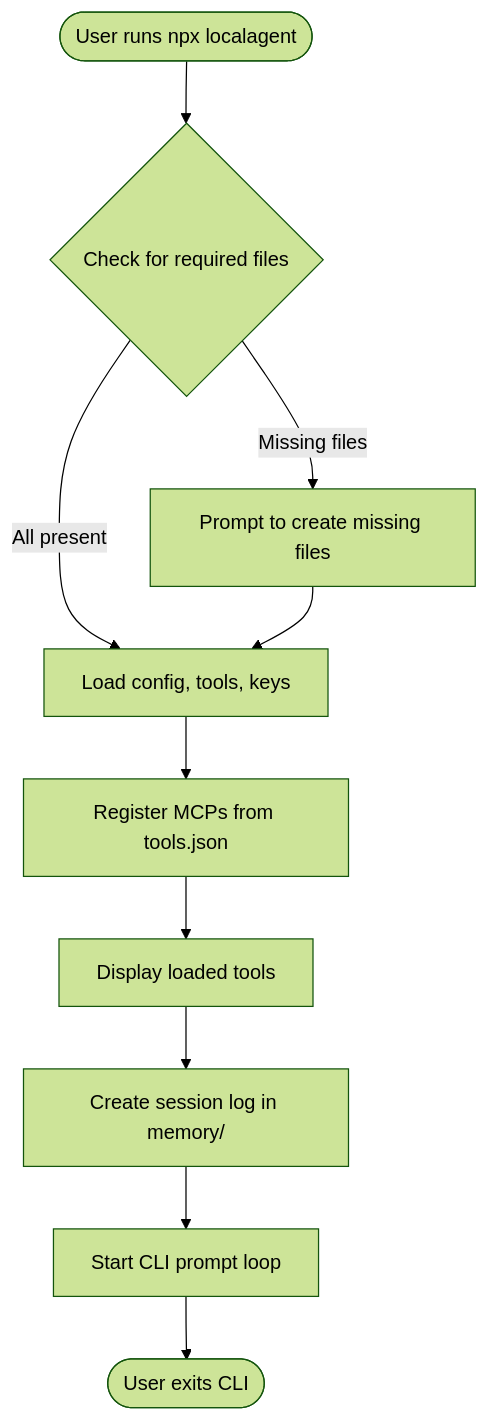
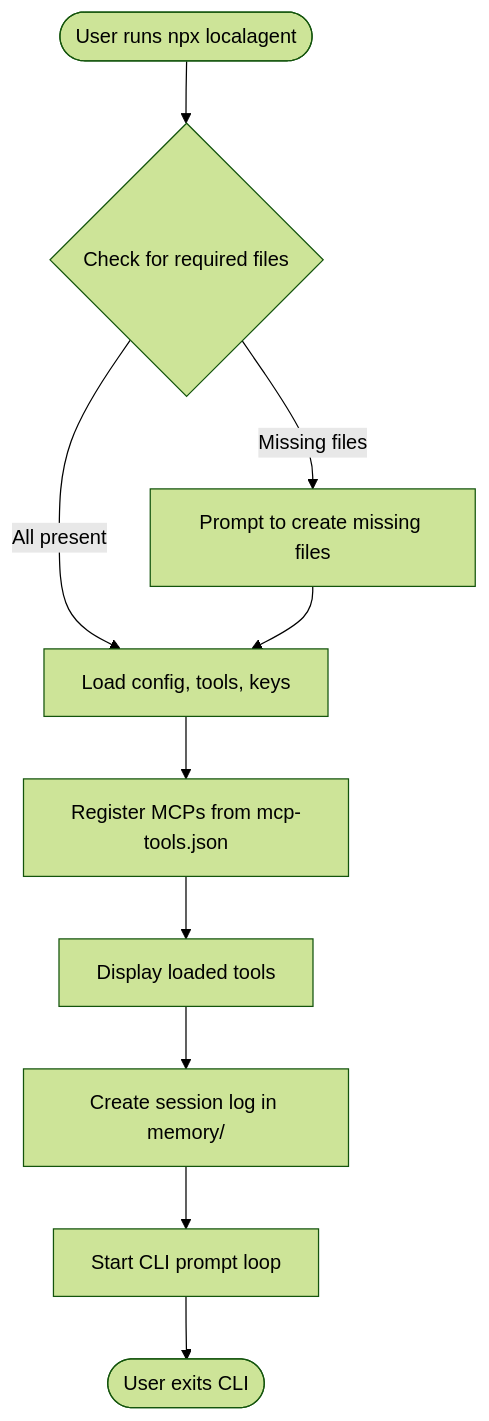
One commit to navio/local-agent changed the second of 2 diagrams in ARCHITECTURE.md. Above: the diagram before and after it, drawn with Mermaid (forest theme). The commit also changed other lines of this file and 7 other files, not shown here.

Commit message:
cleanup rearchitecture

````diff
--- a/ARCHITECTURE.md
+++ b/ARCHITECTURE.md
@@ -145,21 +145,21 @@
 ```mermaid
 flowchart TD
     User([User runs npx localagent])
     CheckFiles{Check for required files}
     PromptCreate[Prompt to create missing files]
     LoadConfig[Load config, tools, keys]
-    RegisterMCPs[Register MCPs from tools.json]
+    RegisterMCPs[Register MCPs from mcp-tools.json]
     ShowTools[Display loaded tools]
     StartSession[Create session log in memory/]
     PromptLoop[Start CLI prompt loop]
     Exit([User exits CLI])
 
     User --> CheckFiles
     CheckFiles -- All present --> LoadConfig
     CheckFiles -- Missing files --> PromptCreate --> LoadConfig
     LoadConfig --> RegisterMCPs
     RegisterMCPs --> ShowTools
     ShowTools --> StartSession
     StartSession --> PromptLoop
     PromptLoop --> Exit
 ```
````
